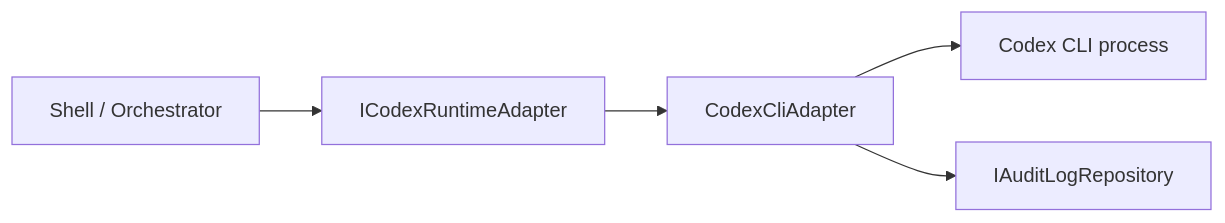
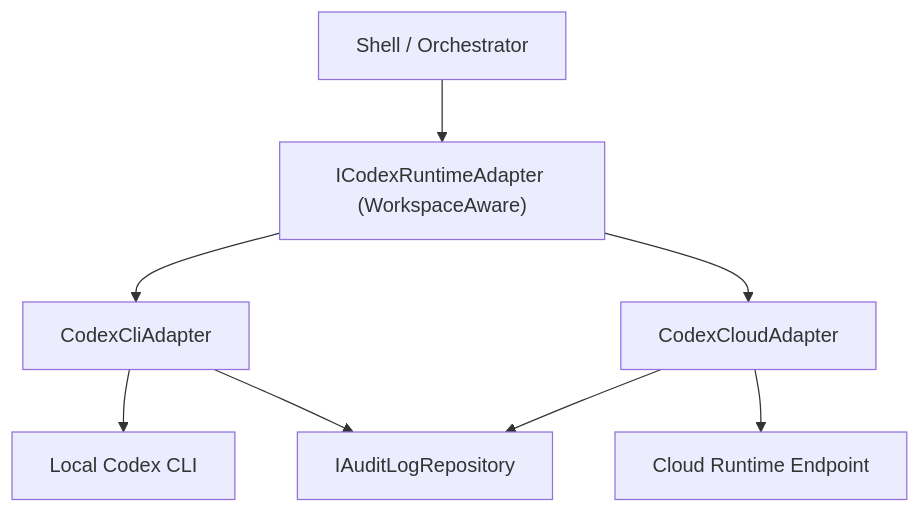
Before and after one commit to JStaRFilms/Takomi_Code: the diagram in docs/features/codex-runtime-adapter.md, drawn with Mermaid. The commit also changed other lines of this file and 12 other files, not shown here.

First line of the commit message:
feat(runtime): add cloud runtime adapter with workspace-aware routing

````diff
--- a/docs/features/codex-runtime-adapter.md
+++ b/docs/features/codex-runtime-adapter.md
@@ -37,7 +45,9 @@
 ```mermaid
-flowchart LR
-    A["Shell / Orchestrator"] --> B["ICodexRuntimeAdapter"]
+flowchart TD
+    A["Shell / Orchestrator"] --> B["ICodexRuntimeAdapter (WorkspaceAware)"]
     B --> C["CodexCliAdapter"]
-    C --> D["Codex CLI process"]
-    C --> E["IAuditLogRepository"]
+    B --> D["CodexCloudAdapter"]
+    C --> E["Local Codex CLI"]
+    D --> F["Cloud Runtime Endpoint"]
+    C & D --> G["IAuditLogRepository"]
 ```
````
